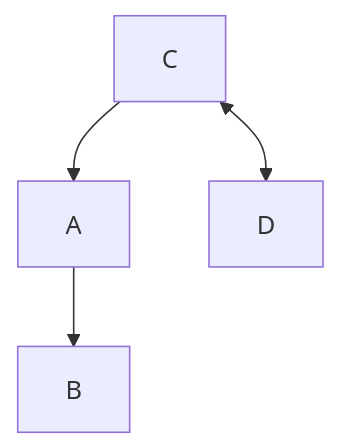
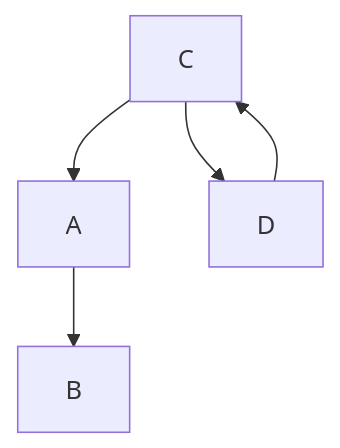
One commit to ShayGali/sp2_ex1 changed diagram 27 of 28 in tests/README.md. Above: the diagram before and after it, drawn with Mermaid. The commit also changed other lines of this file, not shown here.

````diff
--- a/tests/README.md
+++ b/tests/README.md
@@ -383,6 +383,7 @@
 ```mermaid
 graph TD;
     A --> B;
-    C <--> D;
+    C --> D;
+    D --> C;
     C --> A;
 ```
````
